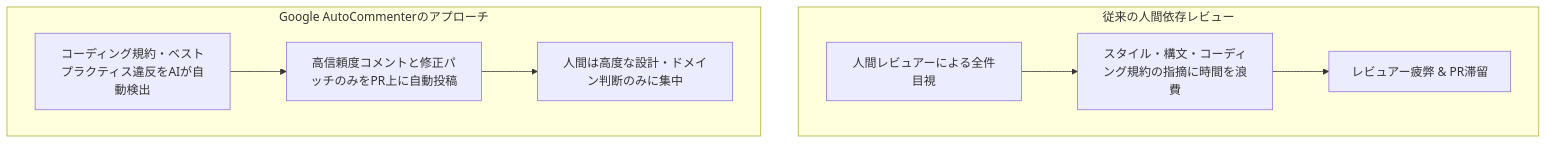
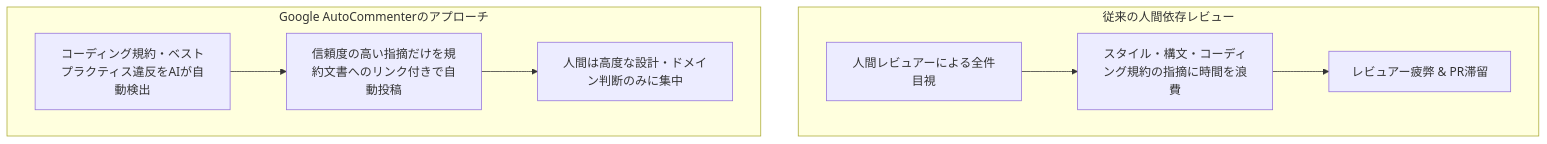
Before and after one commit to AnaharaYasuo/product-quality-management-book: the third of 4 diagrams in manuscript/07_chapter7.md, drawn with Mermaid. The commit also changed other lines of this file and 35 other files, not shown here.

````diff
--- a/manuscript/07_chapter7.md
+++ b/manuscript/07_chapter7.md
@@ -236,9 +236,9 @@
 ```mermaid
 flowchart TD
     subgraph LegacyReview["従来の人間依存レビュー"]
         A["人間レビュアーによる全件目視"] --> B["スタイル・構文・コーディング規約の指摘に時間を浪費"] --> C["レビュアー疲弊 & PR滞留"]
     end
     subgraph AutoCommenterFlow["Google AutoCommenterのアプローチ"]
-        D["コーディング規約・ベストプラクティス違反をAIが自動検出"] --> E["高信頼度コメントと修正パッチのみをPR上に自動投稿"] --> F["人間は高度な設計・ドメイン判断のみに集中"]
+        D["コーディング規約・ベストプラクティス違反をAIが自動検出"] --> E["信頼度の高い指摘だけを規約文書へのリンク付きで自動投稿"] --> F["人間は高度な設計・ドメイン判断のみに集中"]
     end
 ```
````
